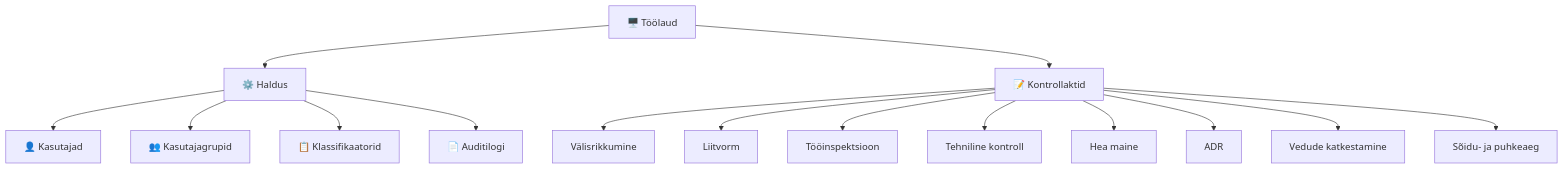
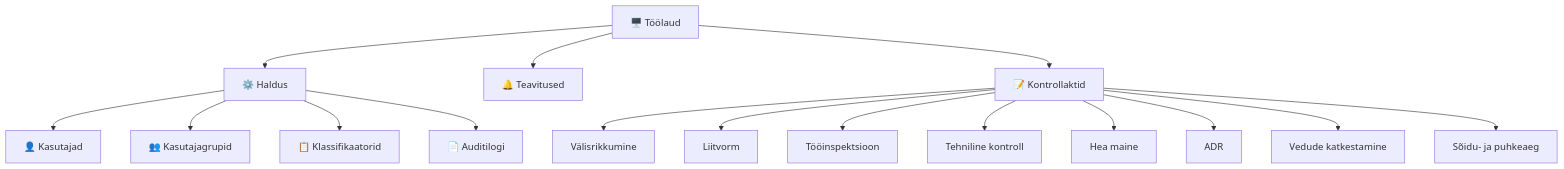
Before and after one commit to kemit-ee/ljvis-2: the diagram in docs/user-guide/03-menyy.md, drawn with Mermaid. The commit also changed other lines of this file and 7 other files, not shown here.

````diff
--- a/docs/user-guide/03-menyy.md
+++ b/docs/user-guide/03-menyy.md
@@ -13,17 +13,18 @@
 ```mermaid
 flowchart TD
     A[🖥️ Töölaud] --> B[⚙️ Haldus]
+    A --> T[🔔 Teavitused]
     B --> C[👤 Kasutajad]
     B --> D[👥 Kasutajagrupid]
     B --> E[📋 Klassifikaatorid]
     B --> F[📄 Auditilogi]
     A --> G[📝 Kontrollaktid]
     G --> H[Välisrikkumine]
     G --> I[Liitvorm]
     G --> J[Tööinspektsioon]
     G --> K[Tehniline kontroll]
     G --> L[Hea maine]
     G --> M[ADR]
     G --> N[Vedude katkestamine]
     G --> O[Sõidu- ja puhkeaeg]
 ```
````
